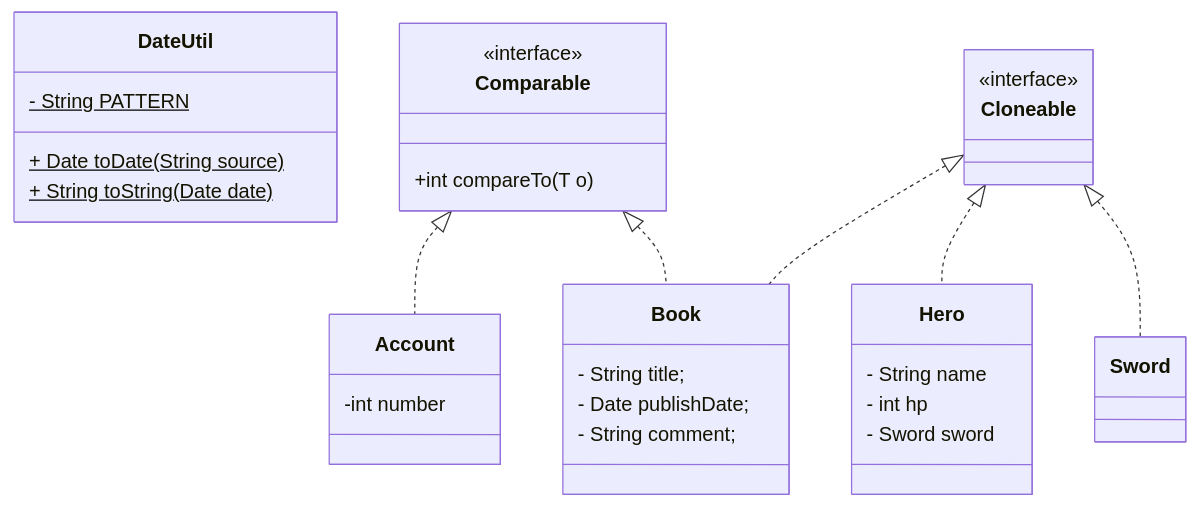
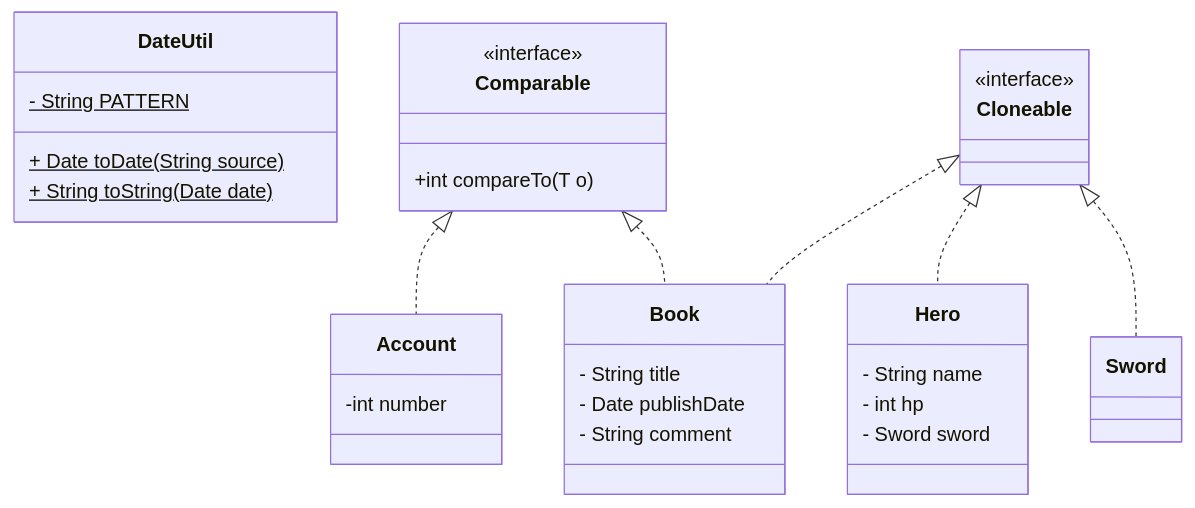
One commit to SurvivalCodingCampus/gangnam3-java-oop changed the diagram in docs/2026-10-02.md. Above: the diagram before and after it, drawn with Mermaid. The commit also changed 1 other file, not shown here.

Commit message:
docs: Day 10 클래스 다이어그램 Book 필드 세미콜론 제거

````diff
--- a/docs/2026-10-02.md
+++ b/docs/2026-10-02.md
@@ -15,44 +15,44 @@
 ```mermaid
 classDiagram
     class Account {
         -int number
     }
 
     class Hero {
         - String name
         - int hp
         - Sword sword
     }
     
     class Sword
 
     class Book {
-        - String title;
-        - Date publishDate;
-        - String comment;
+        - String title
+        - Date publishDate
+        - String comment
     }
 
     class DateUtil {
         - String PATTERN$
 
         + Date toDate(String source)$
         + String toString(Date date)$
     }
 
      class Comparable {
         <<interface>>
         +int compareTo(T o)
     }
 
     class Cloneable {
         <<interface>>
     }
 
     %% Relationships
     Comparable <|.. Account
     Comparable <|.. Book
 
     Cloneable <|.. Hero
     Cloneable <|.. Sword
     Cloneable <|.. Book
 ```
````
